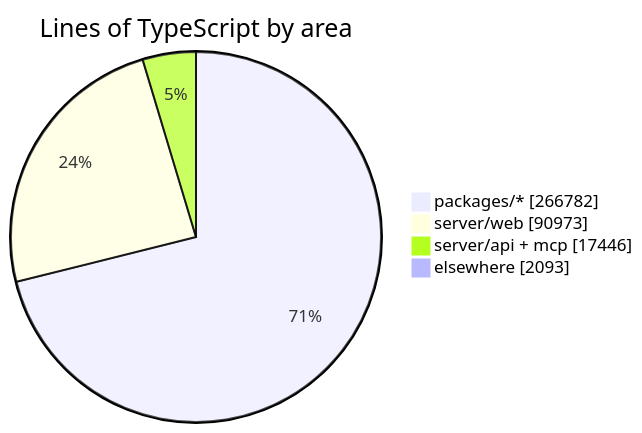
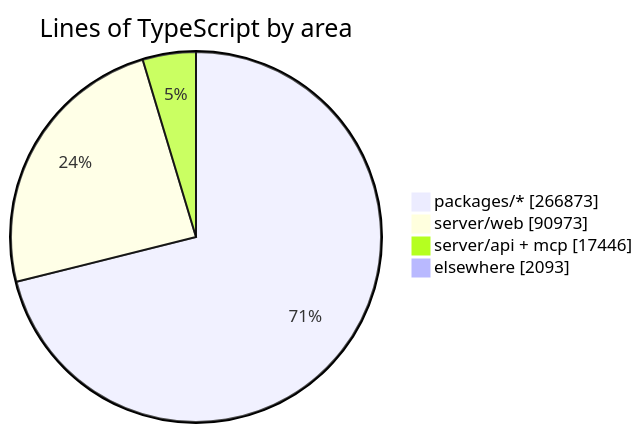
Before and after one commit to crossworks-engineering/mantle: the diagram in README.md, drawn with Mermaid. The commit also changed other lines of this file and 2 other files, not shown here.

````diff
--- a/README.md
+++ b/README.md
@@ -287,7 +287,7 @@
 ```mermaid
 pie showData title Lines of TypeScript by area
-    "packages/*" : 266782
+    "packages/*" : 266873
     "server/web" : 90973
     "server/api + mcp" : 17446
     "elsewhere" : 2093
 ```
````
